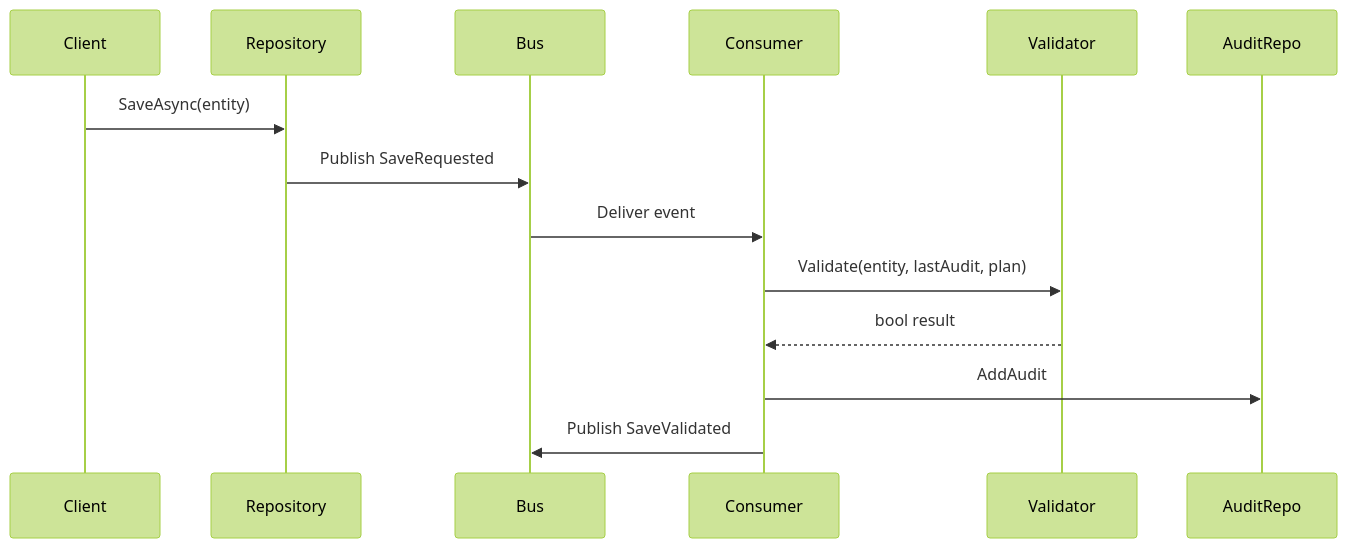
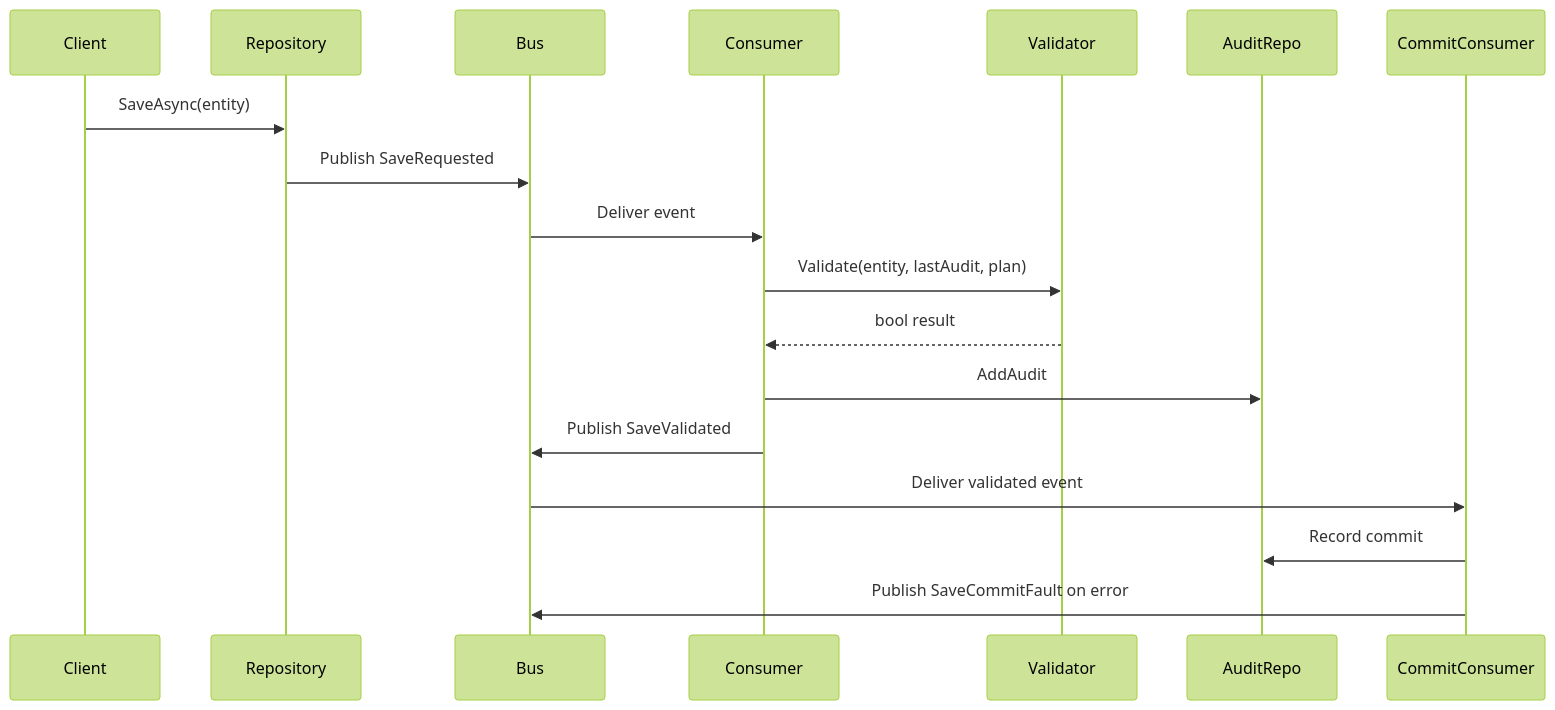
The diagram in README.md (crisweber2600/refactored-dollop), drawn with Mermaid (forest theme) before and after one commit. The commit also changed other lines of this file and 7 other files, not shown here.

Commit message:
Add save commit consumer

````diff
--- a/README.md
+++ b/README.md
@@ -23,16 +24,19 @@
 ```mermaid
 sequenceDiagram
     participant Client
     participant Repository
     participant Bus
     participant Consumer
     participant Validator
     participant AuditRepo
     Client->>Repository: SaveAsync(entity)
     Repository->>Bus: Publish SaveRequested
     Bus->>Consumer: Deliver event
     Consumer->>Validator: Validate(entity, lastAudit, plan)
     Validator-->>Consumer: bool result
     Consumer->>AuditRepo: AddAudit
     Consumer->>Bus: Publish SaveValidated
+    Bus->>CommitConsumer: Deliver validated event
+    CommitConsumer->>AuditRepo: Record commit
+    CommitConsumer->>Bus: Publish SaveCommitFault on error
 ```
````
